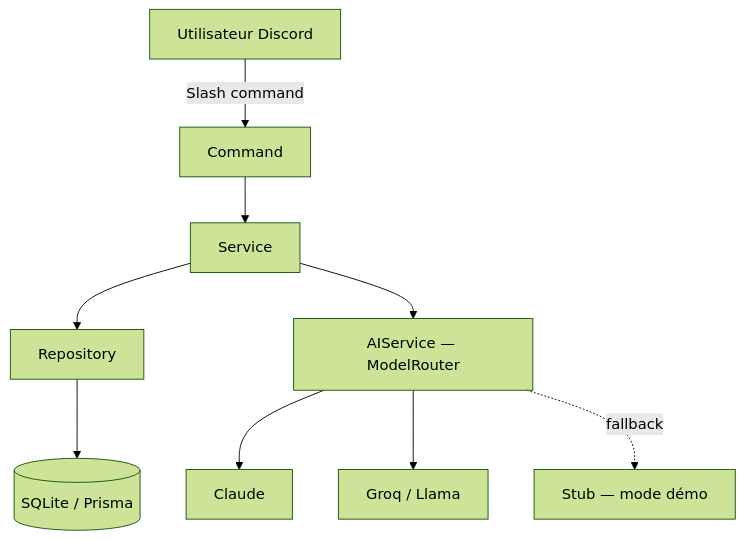
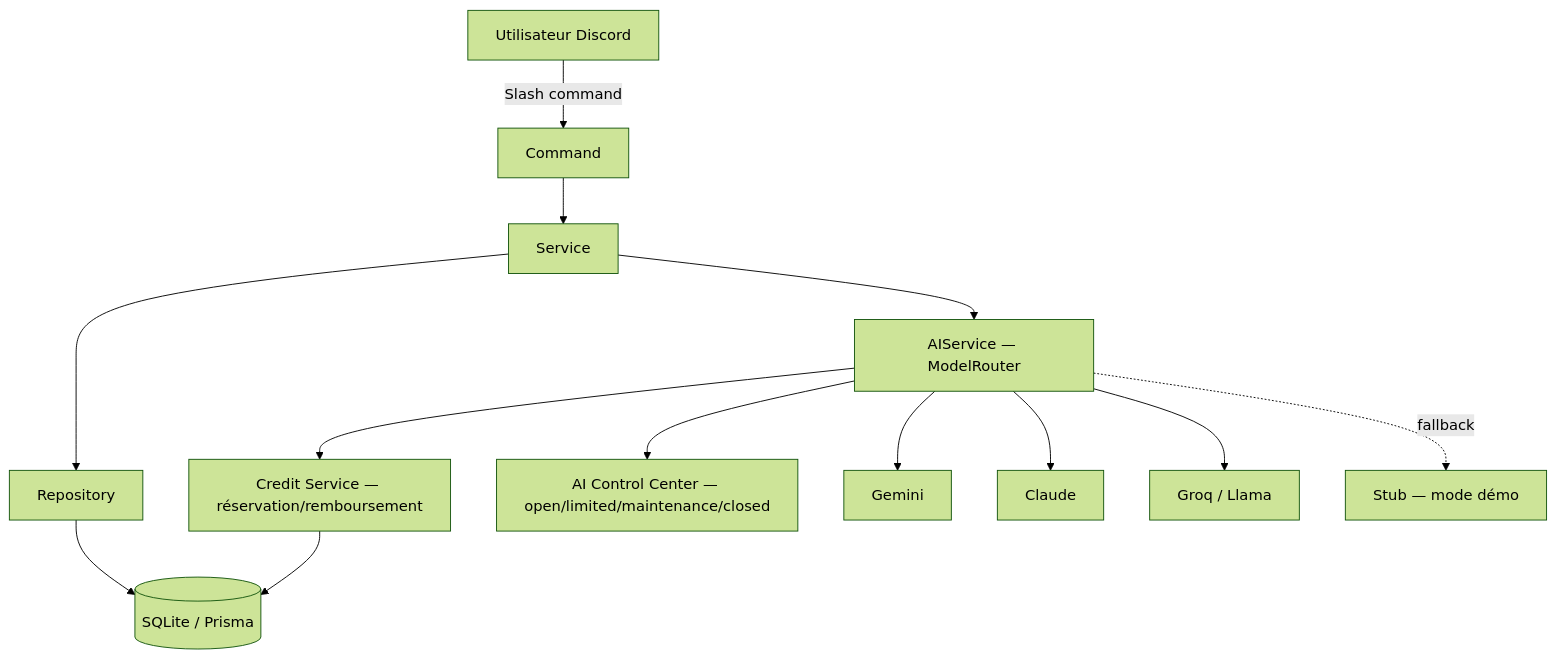
The diagram in README.md (HigHollows/Nodify-Learning-), drawn with Mermaid (forest theme) before and after one commit. The commit also changed other lines of this file and 70 other files, not shown here.

First line of the commit message:
feat: AI Credit System & AI Control Center + v2 improvements

````diff
--- a/README.md
+++ b/README.md
@@ -40,11 +41,15 @@
 ```mermaid
 graph TD
     U[Utilisateur Discord] -->|Slash command| C[Command]
     C --> S[Service]
     S --> R[Repository]
     R --> DB[(SQLite / Prisma)]
     S --> AI[AIService — ModelRouter]
+    AI --> Credit[Credit Service — réservation/remboursement]
+    AI --> Control[AI Control Center — open/limited/maintenance/closed]
+    Credit --> DB
+    AI --> Gemini[Gemini]
     AI --> Anthropic[Claude]
     AI --> Groq[Groq / Llama]
     AI -.fallback.-> Stub[Stub — mode démo]
 ```
````
